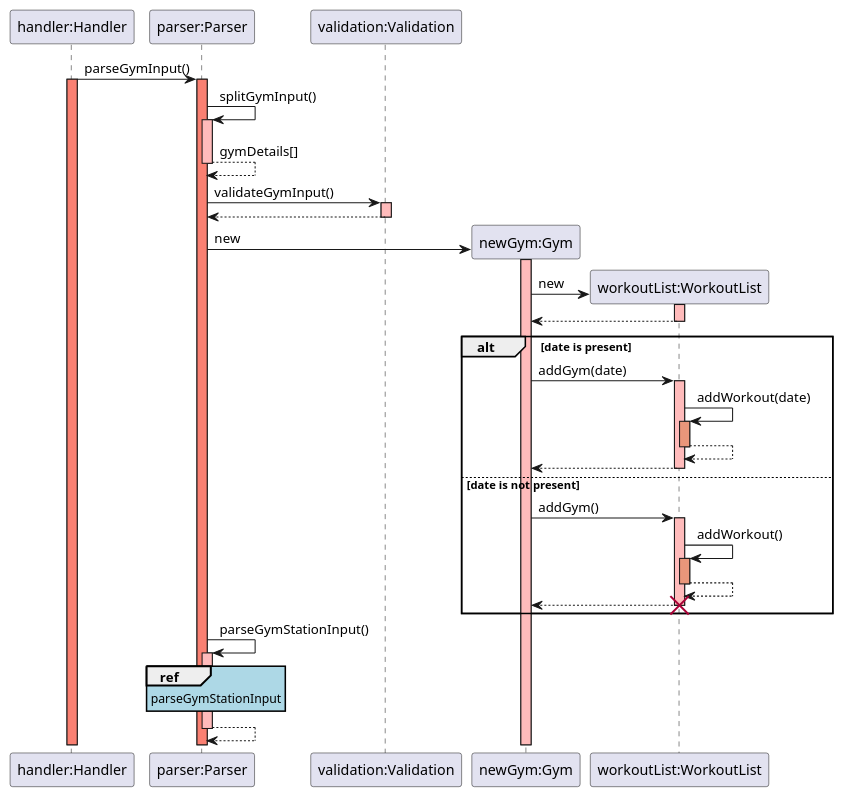
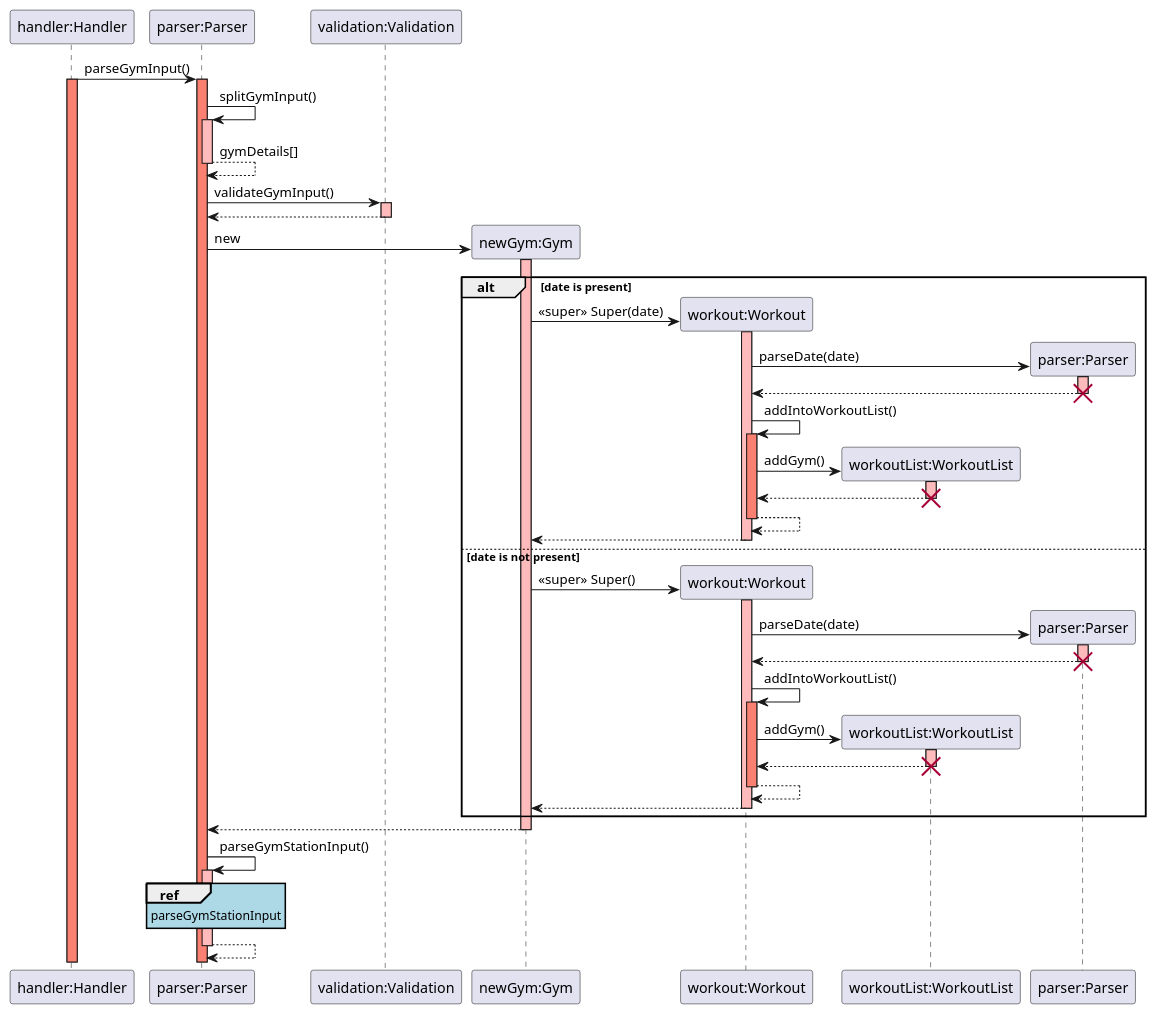
The diagram in docs/puml/sequence_diagrams/gym_sequence.puml (rouvinerh/tp), drawn with PlantUML before and after one commit. The commit also changed 5 other files, not shown here.

Commit message:
modify seq diagram

```diff
--- a/docs/puml/sequence_diagrams/gym_sequence.puml
+++ b/docs/puml/sequence_diagrams/gym_sequence.puml
@@ -1,59 +1,86 @@
 @startuml
 skinparam sequenceReferenceBackgroundColor lightblue
 
 participant "handler:Handler" as Handler
 participant "parser:Parser" as Parser
 participant "validation:Validation" as Validation
-participant "newGym:Gym" as Run
+participant "newGym:Gym" as Gym
+participant "workout:Workout" as Workout
 participant "workoutList:WorkoutList" as WorkoutList
+participant "parser:Parser" as newParser
 
 Handler -> Parser: parseGymInput()
 activate Handler #salmon
 activate Parser #salmon
 
 Parser -> Parser: splitGymInput()
 activate Parser #FFBBBB
 Parser --> Parser: gymDetails[]
 deactivate Parser #FFBBBB
 
 Parser -> Validation: validateGymInput()
 activate Validation #FFBBBB
 Validation --> Parser: 
 deactivate Validation
 
-Parser -> Run **: new
-activate Run #FFBBBB   
-Run -> WorkoutList **: new
-activate WorkoutList #FFBBBB
-WorkoutList --> Run:
-deactivate WorkoutList #FFBBBB
+Parser -> Gym **: new
+
+
 
 alt date is present
-    Run -> WorkoutList: addGym(date)
+    activate Gym #FFBBBB   
+    Gym -> Workout **: <<super>> Super(date)
+    activate Workout #FFBBBB
+    Workout -> newParser **: parseDate(date)
+    activate newParser #FFBBBB
+    newParser --> Workout:
+    deactivate newParser #FFBBBB
+    destroy newParser
+
+    Workout -> Workout: addIntoWorkoutList()
+    activate Workout #salmon
+    Workout -> WorkoutList **: addGym()
     activate WorkoutList #FFBBBB
-    WorkoutList -> WorkoutList: addWorkout(date)
-    activate WorkoutList #DarkSalmon
-    WorkoutList --> WorkoutList:
-    deactivate WorkoutList #DarkSalmon
-    WorkoutList --> Run:
+    WorkoutList --> Workout:
     deactivate WorkoutList #FFBBBB
+    destroy WorkoutList
+
+    Workout --> Workout :
+    deactivate Workout #Salmon
+
+    Workout --> Gym:
+    deactivate Workout #FFBBBB
  
 else date is not present
-    Run -> WorkoutList: addGym()
+    Gym -> Workout **: <<super>> Super()
+    activate Workout #FFBBBB
+    Workout -> newParser **: parseDate(date)
+    activate newParser #FFBBBB
+    newParser --> Workout:
+    deactivate newParser #FFBBBB
+    destroy newParser
+
+    Workout -> Workout: addIntoWorkoutList()
+    activate Workout #salmon
+    Workout -> WorkoutList **: addGym()
     activate WorkoutList #FFBBBB
-    WorkoutList -> WorkoutList: addWorkout()
-    activate WorkoutList #DarkSalmon
-    WorkoutList --> WorkoutList:
-    deactivate WorkoutList #DarkSalmon
-    WorkoutList --> Run:
+    WorkoutList --> Workout:
     deactivate WorkoutList #FFBBBB
     destroy WorkoutList
+
+    Workout --> Workout :
+    deactivate Workout #Salmon
+
+    Workout --> Gym:
+    deactivate Workout #FFBBBB
 end
+Gym --> Parser:
+deactivate Gym #FFBBBB
 
 Parser -> Parser: parseGymStationInput()
 activate Parser #FFBBBB
 ref over Parser: parseGymStationInput
 Parser --> Parser:
 deactivate Parser #FFBBBB
 
 @enduml
```
